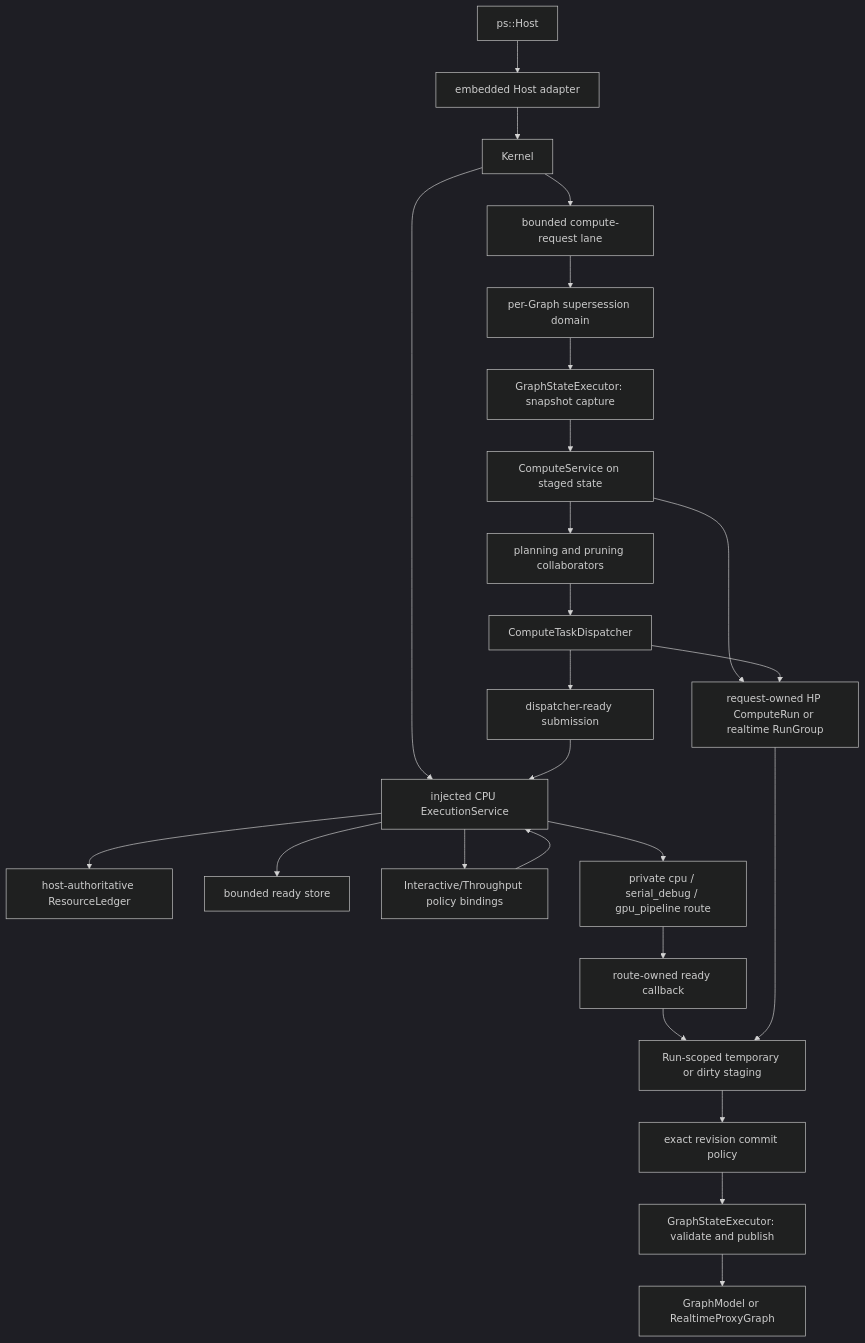
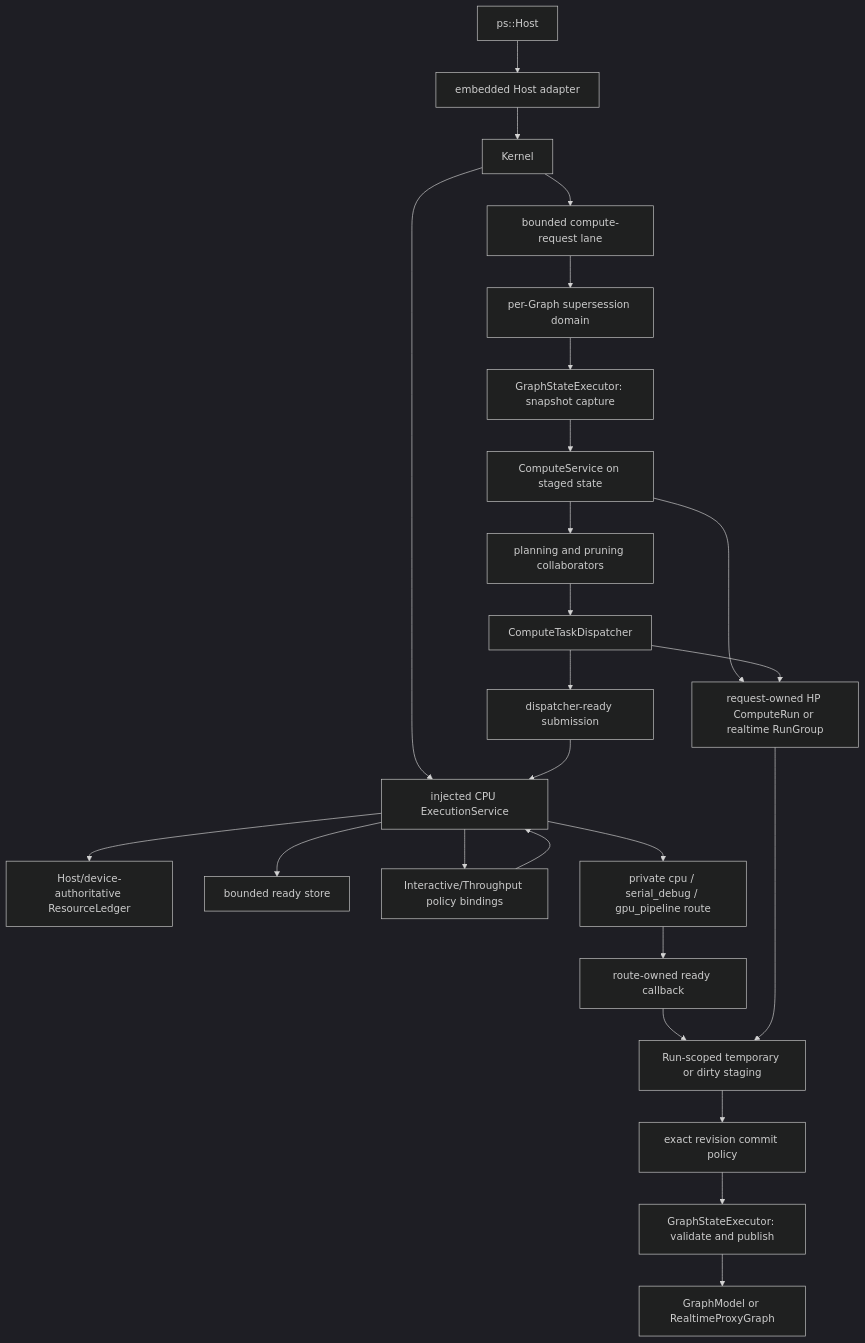
Before and after one commit to kevin-zf1123/photospider: the diagram in docs/kernel-architecture/Compute-Boundaries.md, drawn with Mermaid (dark theme). The commit also changed other lines of this file and 21 other files, not shown here.

First line of the commit message:
[docs] document authoritative device resource accounting

````diff
--- a/docs/kernel-architecture/Compute-Boundaries.md
+++ b/docs/kernel-architecture/Compute-Boundaries.md
@@ -28,27 +28,27 @@
 ```mermaid
 flowchart TD
   HOST["ps::Host"] --> ADAPTER["embedded Host adapter"]
   ADAPTER --> KERNEL["Kernel"]
   KERNEL --> EXEC["injected CPU ExecutionService"]
-  EXEC --> LEDGER["host-authoritative ResourceLedger"]
+  EXEC --> LEDGER["Host/device-authoritative ResourceLedger"]
   EXEC --> STORE["bounded ready store"]
   EXEC --> POLICY["Interactive/Throughput policy bindings"]
   KERNEL --> REQUEST["bounded compute-request lane"]
   REQUEST --> DOMAIN["per-Graph supersession domain"]
   DOMAIN --> CAPTURE["GraphStateExecutor: snapshot capture"]
   CAPTURE --> SERVICE["ComputeService on staged state"]
   SERVICE --> RUN["request-owned HP ComputeRun or realtime RunGroup"]
   SERVICE --> PLAN["planning and pruning collaborators"]
   PLAN --> DISPATCH["ComputeTaskDispatcher"]
   DISPATCH --> RUN
   DISPATCH --> READY["dispatcher-ready submission"]
   READY --> EXEC
   POLICY --> EXEC
   EXEC --> ROUTE["private cpu / serial_debug / gpu_pipeline route"]
   ROUTE --> CALLBACK["route-owned ready callback"]
   CALLBACK --> TEMP["Run-scoped temporary or dirty staging"]
   RUN --> TEMP
   TEMP --> COMMIT["exact revision commit policy"]
   COMMIT --> PUBLISH["GraphStateExecutor: validate and publish"]
   PUBLISH --> GRAPH["GraphModel or RealtimeProxyGraph"]
 ```
````
